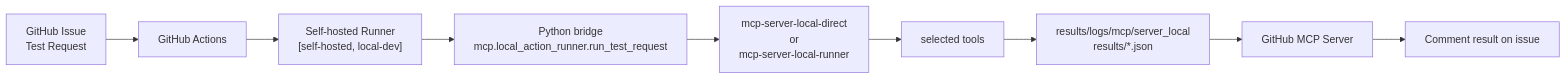
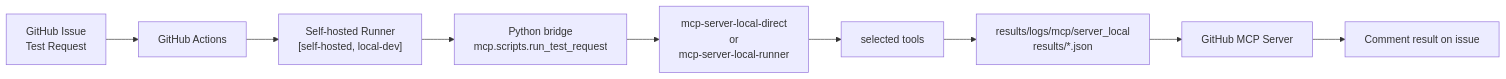
One commit to JeonghunLee/local-ai-agent-mcp changed the second of 3 diagrams in docs/mcp/mcp_server_local.md. Above: the diagram before and after it, drawn with Mermaid. The commit also changed other lines of this file and 8 other files, not shown here.

````diff
--- a/docs/mcp/mcp_server_local.md
+++ b/docs/mcp/mcp_server_local.md
@@ -115,11 +116,11 @@
 ```mermaid
 flowchart LR
     A["GitHub Issue<br/>Test Request"] --> B["GitHub Actions"]
     B --> D["Self-hosted Runner<br/>[self-hosted, local-dev]"]
-    D --> E["Python bridge<br/>mcp.local_action_runner.run_test_request"]
+    D --> E["Python bridge<br/>mcp.scripts.run_test_request"]
     E --> F["mcp-server-local-direct<br/>or<br/>mcp-server-local-runner"]
     F --> G["selected tools"]
     G --> I["results/logs/mcp/server_local<br/>results/*.json"]
     I --> C["GitHub MCP Server"]
     C --> H["Comment result on issue"]
 ```
````
